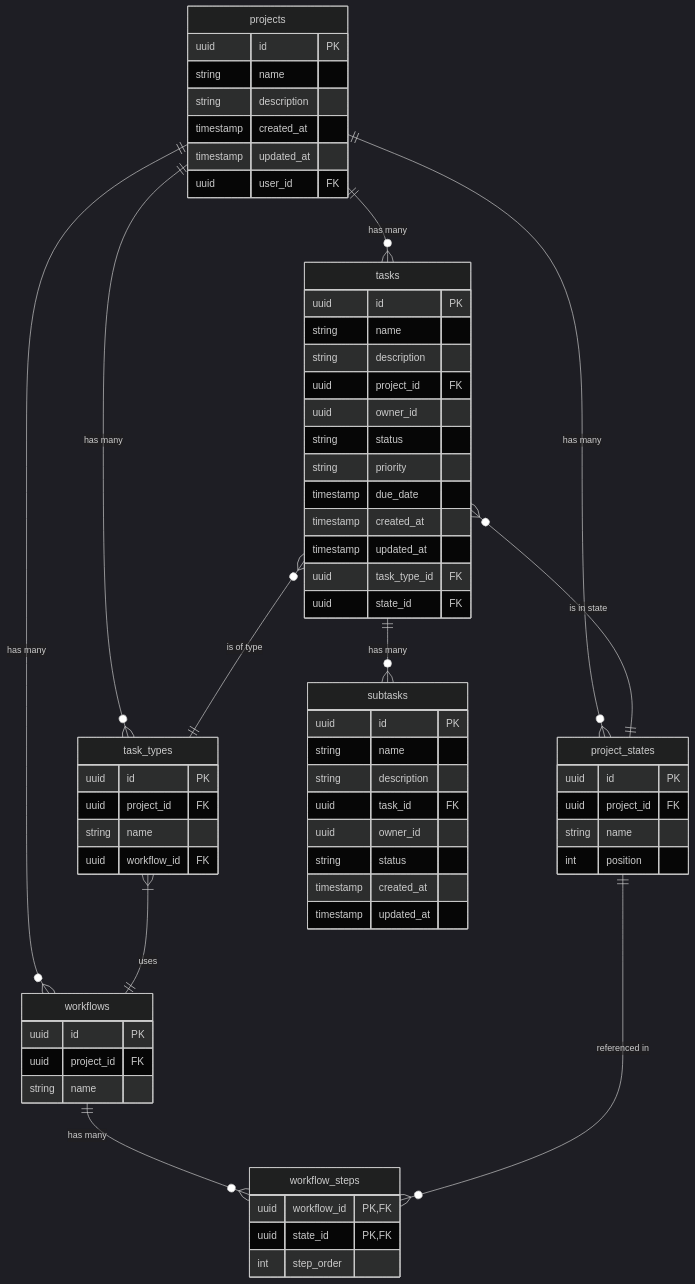
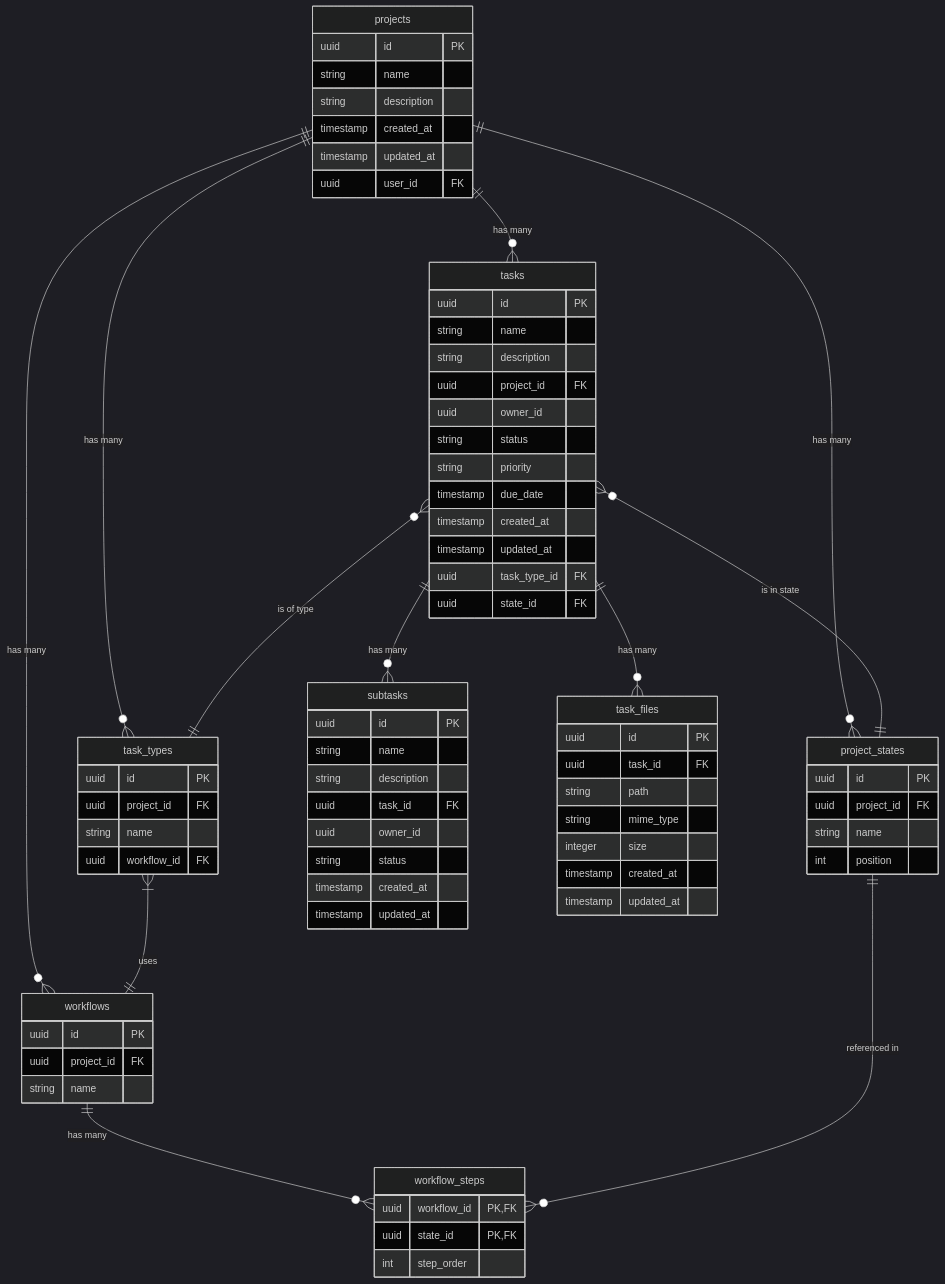
The diagram in docs/architecture/db.md (chrisrneal/task-manager), drawn with Mermaid (dark theme) before and after one commit. The commit also changed other lines of this file and 3 other files, not shown here.

```diff
--- a/docs/architecture/db.md
+++ b/docs/architecture/db.md
@@ -67,8 +67,19 @@
         timestamp updated_at
     }
     
+    task_files {
+        uuid id PK
+        uuid task_id FK
+        string path
+        string mime_type
+        integer size
+        timestamp created_at
+        timestamp updated_at
+    }
+    
     projects ||--o{ tasks : "has many"
     tasks ||--o{ subtasks : "has many"
+    tasks ||--o{ task_files : "has many"
     projects ||--o{ project_states : "has many"
     projects ||--o{ workflows : "has many"
     projects ||--o{ task_types : "has many"
```
